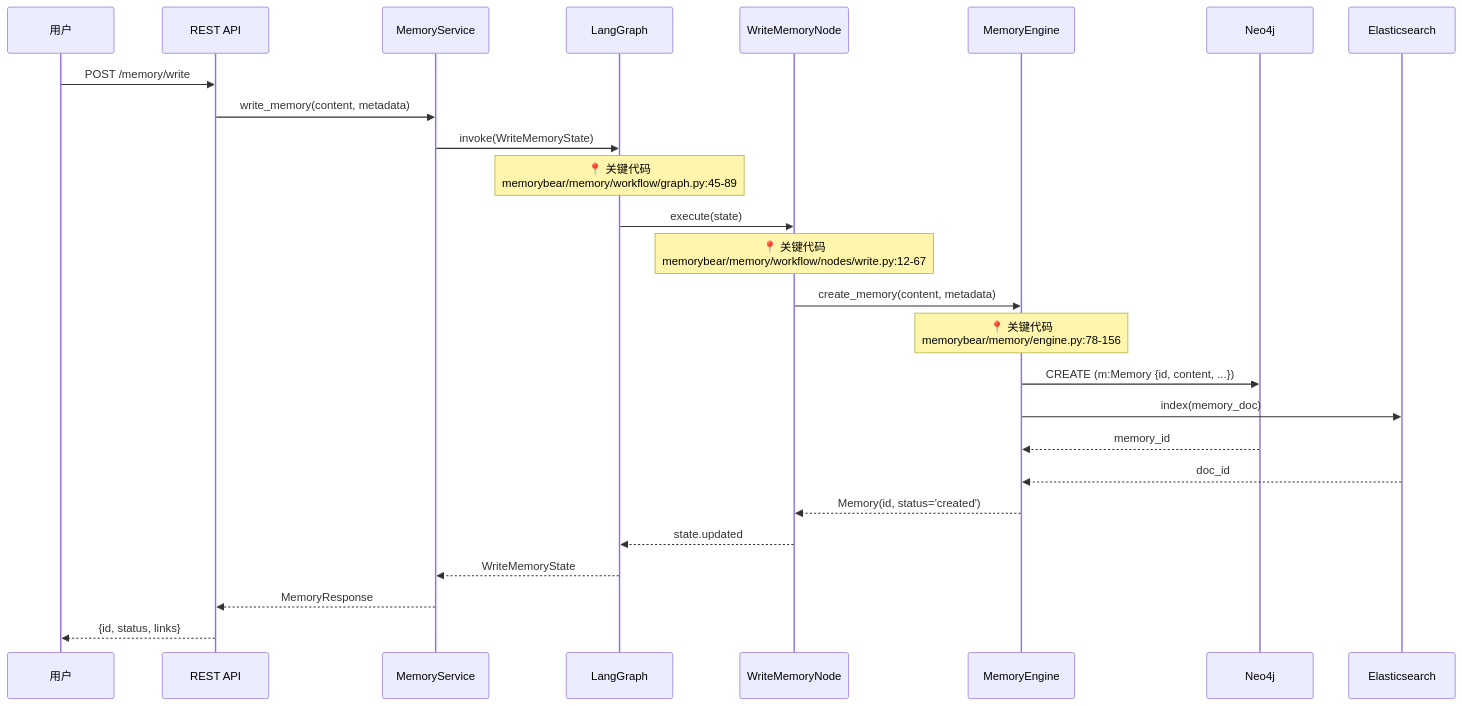
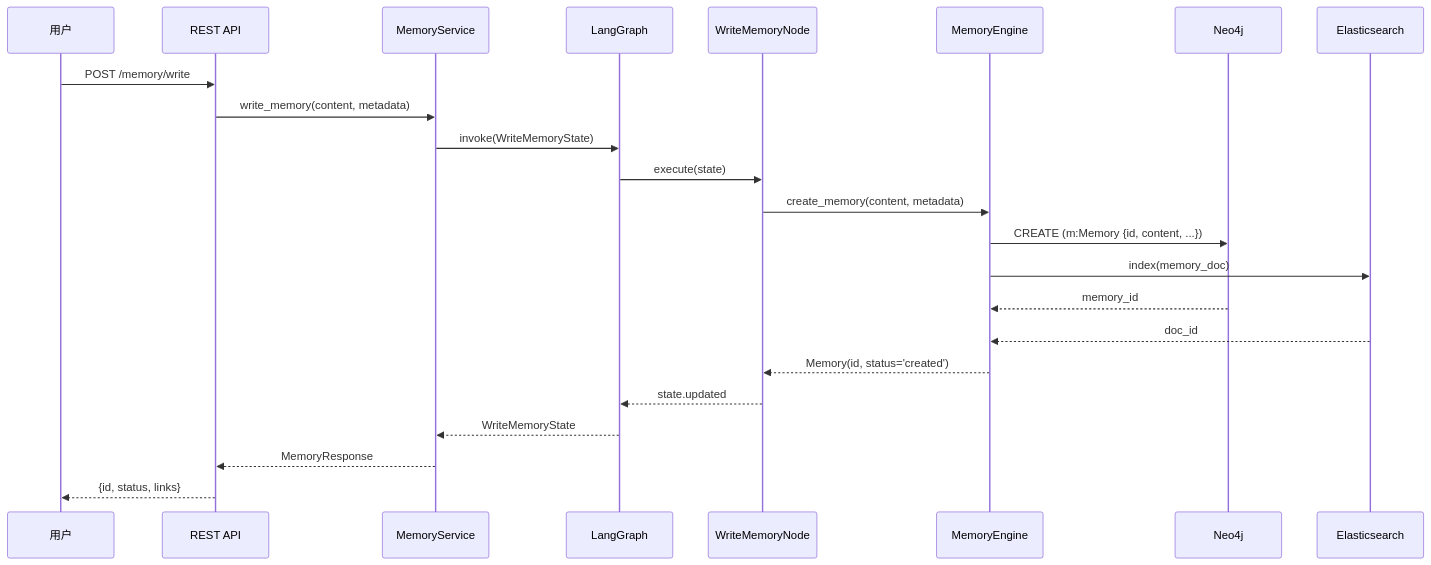
One commit to qudi17/knowledge-base changed the second of 5 diagrams in GitHub/memorybear/technical-report-for-developers.md. Above: the diagram before and after it, drawn with Mermaid. The commit also changed other lines of this file, not shown here.

First line of the commit message:
Fix Mermaid syntax errors in flowcharts

````diff
--- a/GitHub/memorybear/technical-report-for-developers.md
+++ b/GitHub/memorybear/technical-report-for-developers.md
@@ -107,33 +107,30 @@
 ```mermaid
 sequenceDiagram
     participant User as 用户
     participant API as REST API
     participant MS as MemoryService
     participant LG as LangGraph
     participant Node as WriteMemoryNode
     participant ME as MemoryEngine
     participant Neo4j as Neo4j
     participant ES as Elasticsearch
     
     User->>API: POST /memory/write
     API->>MS: write_memory(content, metadata)
     MS->>LG: invoke(WriteMemoryState)
     
-    Note over LG: 📍 关键代码<br/>memorybear/memory/workflow/graph.py:45-89
     LG->>Node: execute(state)
     
-    Note over Node: 📍 关键代码<br/>memorybear/memory/workflow/nodes/write.py:12-67
     Node->>ME: create_memory(content, metadata)
     
-    Note over ME: 📍 关键代码<br/>memorybear/memory/engine.py:78-156
     ME->>Neo4j: CREATE (m:Memory {id, content, ...})
     ME->>ES: index(memory_doc)
     
     Neo4j-->>ME: memory_id
     ES-->>ME: doc_id
     ME-->>Node: Memory(id, status='created')
     Node-->>LG: state.updated
     LG-->>MS: WriteMemoryState
     MS-->>API: MemoryResponse
     API-->>User: {id, status, links}
 ```
````
